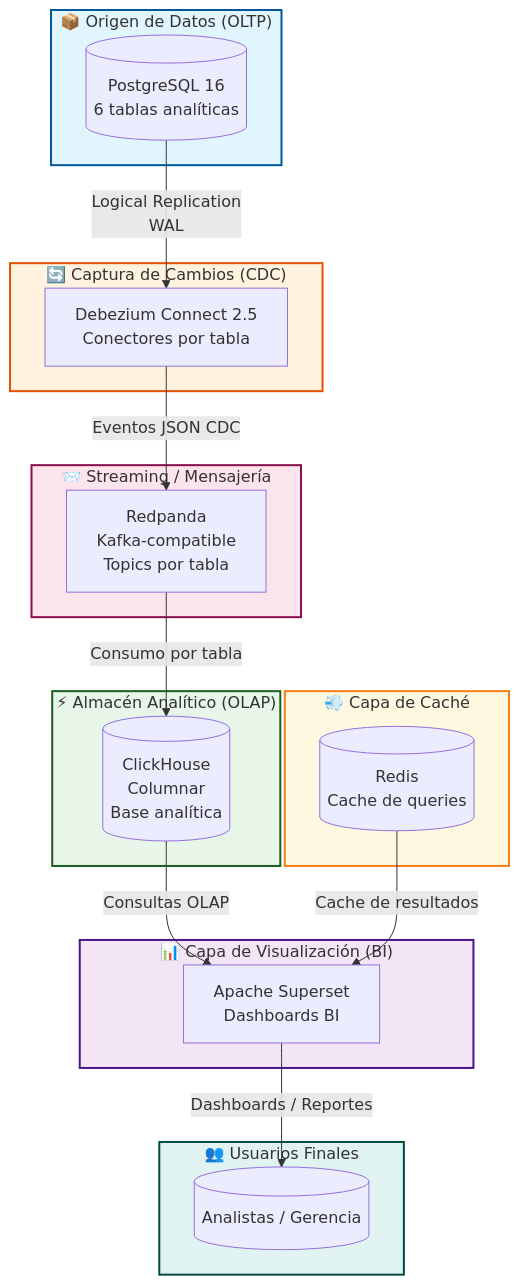
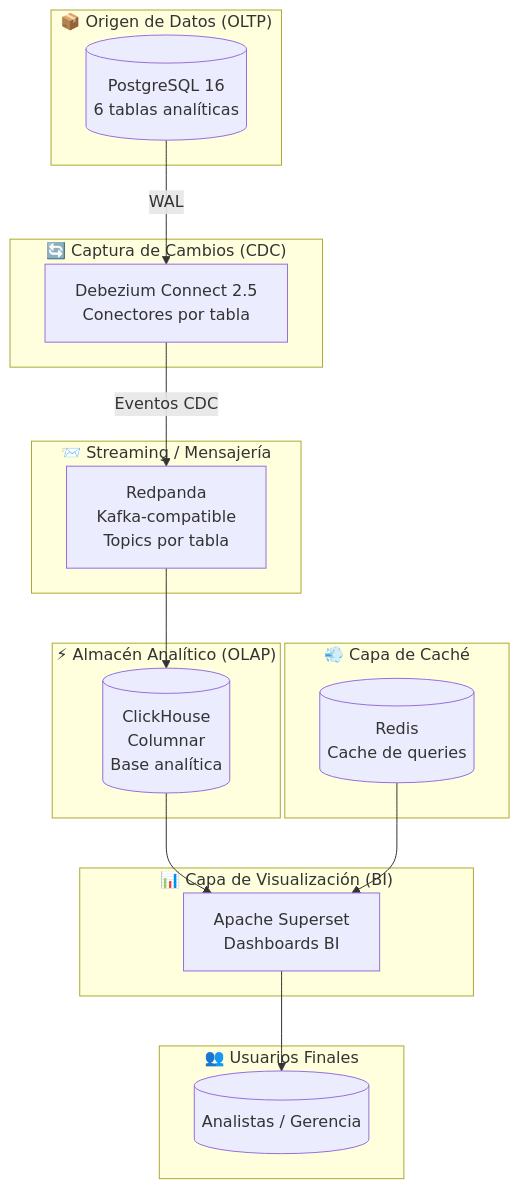
One commit to danitorey/superset_generico changed the first of 3 diagrams in README.md. Above: the diagram before and after it, drawn with Mermaid. The commit also changed other lines of this file, not shown here.

````diff
--- a/README.md
+++ b/README.md
@@ -21,54 +21,39 @@
 ```mermaid
 flowchart TB
     subgraph ORIGEN["📦 Origen de Datos (OLTP)"]
         PG[("PostgreSQL 16
 6 tablas analíticas")]
     end
-
     subgraph CDC["🔄 Captura de Cambios (CDC)"]
         DEB[Debezium Connect 2.5
 Conectores por tabla]
     end
-
     subgraph STREAMING["📨 Streaming / Mensajería"]
         RP[Redpanda
 Kafka-compatible
 Topics por tabla]
     end
-
     subgraph OLAP["⚡ Almacén Analítico (OLAP)"]
         CH[("ClickHouse
 Columnar
 Base analítica")]
     end
-
     subgraph CACHE["💨 Capa de Caché"]
         RD[("Redis
 Cache de queries")]
     end
-
     subgraph BI["📊 Capa de Visualización (BI)"]
         SUP[Apache Superset
 Dashboards BI]
     end
-
     subgraph USERS["👥 Usuarios Finales"]
         USER[("Analistas / Gerencia")]
     end
 
-    PG -- "Logical Replication
-WAL" --> DEB
-    DEB -- "Eventos JSON CDC" --> RP
-    RP -- "Consumo por tabla" --> CH
-    CH -- "Consultas OLAP" --> SUP
-    RD -- "Cache de resultados" --> SUP
-    SUP -- "Dashboards / Reportes" --> USER
-
-    style ORIGEN fill:#e1f5fe,stroke:#01579b,stroke-width:2px
-    style CDC fill:#fff3e0,stroke:#e65100,stroke-width:2px
-    style STREAMING fill:#fce4ec,stroke:#880e4f,stroke-width:2px
-    style OLAP fill:#e8f5e9,stroke:#1b5e20,stroke-width:2px
-    style CACHE fill:#fff8e1,stroke:#f57f17,stroke-width:2px
-    style BI fill:#f3e5f5,stroke:#4a148c,stroke-width:2px
-    style USERS fill:#e0f2f1,stroke:#004d40,stroke-width:2px
+    PG -->|WAL| DEB
+    DEB -->|Eventos CDC| RP
+    RP --> CH
+    CH --> SUP
+    RD --> SUP
+    SUP --> USER
 ```
````
